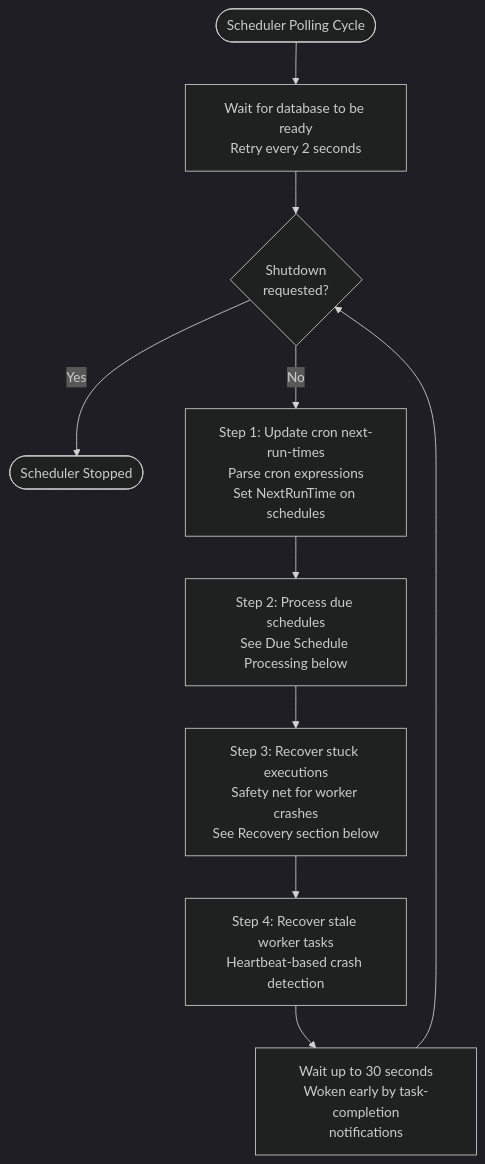
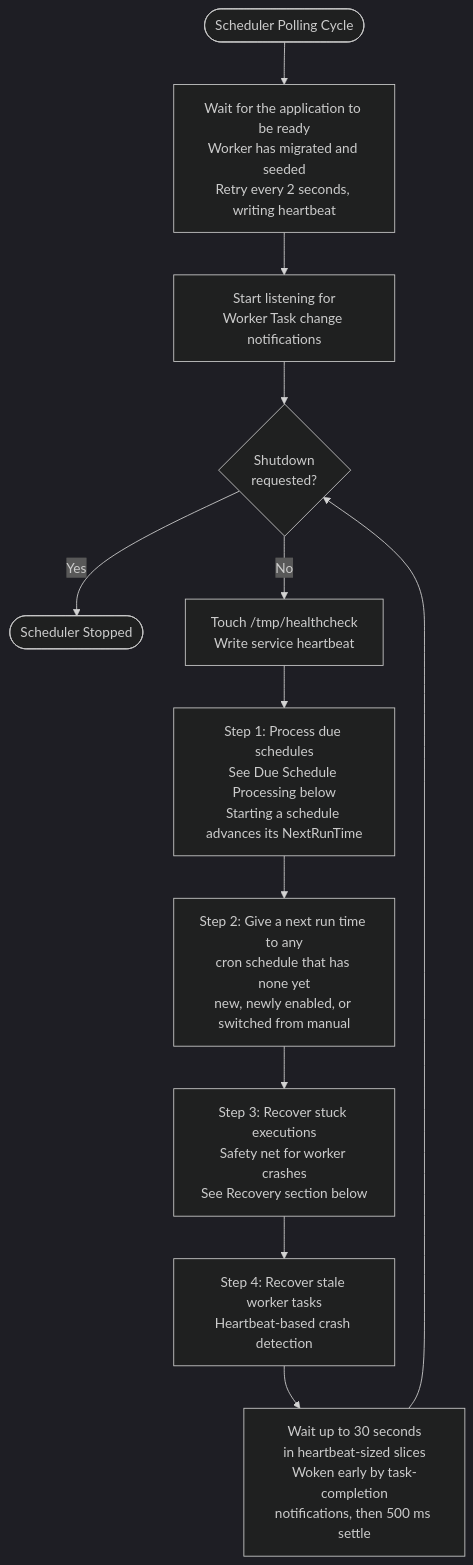
The first of 7 diagrams in docs/developer/diagrams/SCHEDULE_EXECUTION_LIFECYCLE.md (TetronIO/JIM), drawn with Mermaid (dark theme) before and after one commit. The commit also changed other lines of this file and 49 other files, not shown here.

Commit message:
docs: update documentation, diagrams and changelog for v0.15.0 release

````diff
--- a/docs/developer/diagrams/SCHEDULE_EXECUTION_LIFECYCLE.md
+++ b/docs/developer/diagrams/SCHEDULE_EXECUTION_LIFECYCLE.md
@@ -23,14 +28,16 @@
 ```mermaid
 flowchart TD
-    Start([Scheduler Polling Cycle]) --> WaitDb[Wait for database to be ready<br/>Retry every 2 seconds]
-    WaitDb --> PollLoop{Shutdown<br/>requested?}
+    Start([Scheduler Polling Cycle]) --> WaitDb[Wait for the application to be ready<br/>Worker has migrated and seeded<br/>Retry every 2 seconds, writing heartbeat]
+    WaitDb --> Listen[Start listening for<br/>Worker Task change notifications]
+    Listen --> PollLoop{Shutdown<br/>requested?}
 
     PollLoop -->|Yes| End([Scheduler Stopped])
-    PollLoop -->|No| Step1[Step 1: Update cron next-run-times<br/>Parse cron expressions<br/>Set NextRunTime on schedules]
+    PollLoop -->|No| Heartbeat[Touch /tmp/healthcheck<br/>Write service heartbeat]
+    Heartbeat --> Step1[Step 1: Process due schedules<br/>See Due Schedule Processing below<br/>Starting a schedule advances its NextRunTime]
 
-    Step1 --> Step2[Step 2: Process due schedules<br/>See Due Schedule Processing below]
+    Step1 --> Step2[Step 2: Give a next run time to any<br/>cron schedule that has none yet<br/>new, newly enabled, or switched from manual]
     Step2 --> Step3[Step 3: Recover stuck executions<br/>Safety net for worker crashes<br/>See Recovery section below]
     Step3 --> Step4[Step 4: Recover stale worker tasks<br/>Heartbeat-based crash detection]
-    Step4 --> Sleep[Wait up to 30 seconds<br/>Woken early by task-completion<br/>notifications]
+    Step4 --> Sleep[Wait up to 30 seconds<br/>in heartbeat-sized slices<br/>Woken early by task-completion<br/>notifications, then 500 ms settle]
     Sleep --> PollLoop
 ```
````
